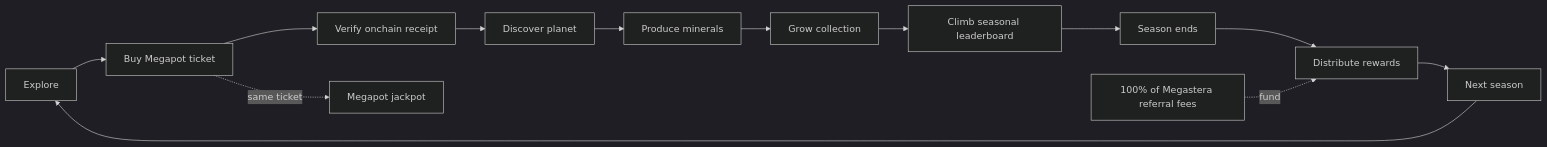
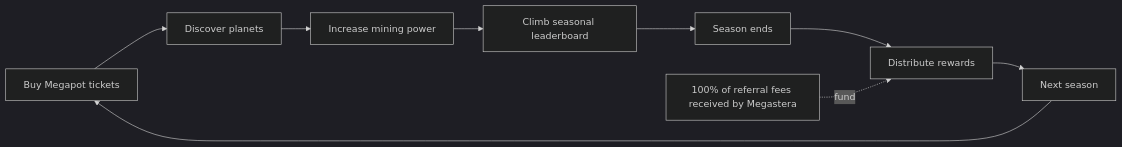
One commit to AstralEX1/megastera changed the first of 2 diagrams in README.md. Above: the diagram before and after it, drawn with Mermaid (dark theme). The commit also changed other lines of this file, not shown here.

````diff
--- a/README.md
+++ b/README.md
@@ -18,15 +71,11 @@
 ```mermaid
 flowchart LR
-  A[Explore] --> B[Buy Megapot ticket]
-  B --> C[Verify onchain receipt]
-  C --> D[Discover planet]
-  D --> E[Produce minerals]
-  E --> F[Grow collection]
-  F --> G[Climb seasonal leaderboard]
-  G --> H[Season ends]
-  H --> I[Distribute rewards]
-  I --> J[Next season]
-  J --> A
-  B -. same ticket .-> K[Megapot jackpot]
-  R[100% of Megastera referral fees] -. fund .-> I
+  A[Buy Megapot tickets] --> B[Discover planets]
+  B --> C[Increase mining power]
+  C --> D[Climb seasonal leaderboard]
+  D --> E[Season ends]
+  E --> F[Distribute rewards]
+  F --> G[Next season]
+  G --> A
+  R[100% of referral fees received by Megastera] -. fund .-> F
 ```
````
